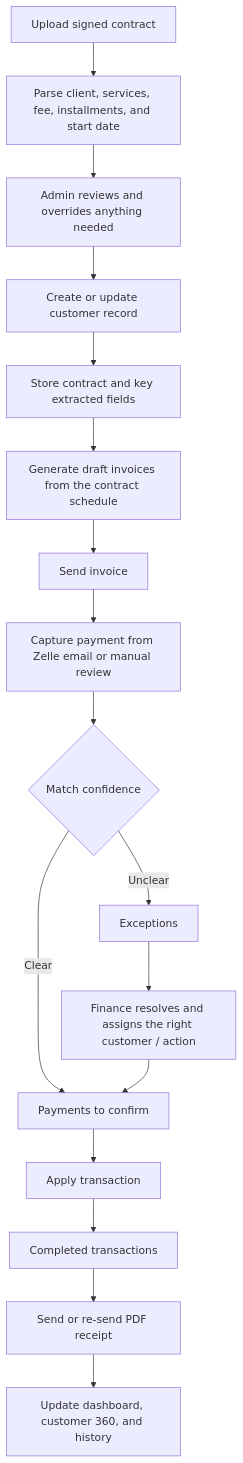
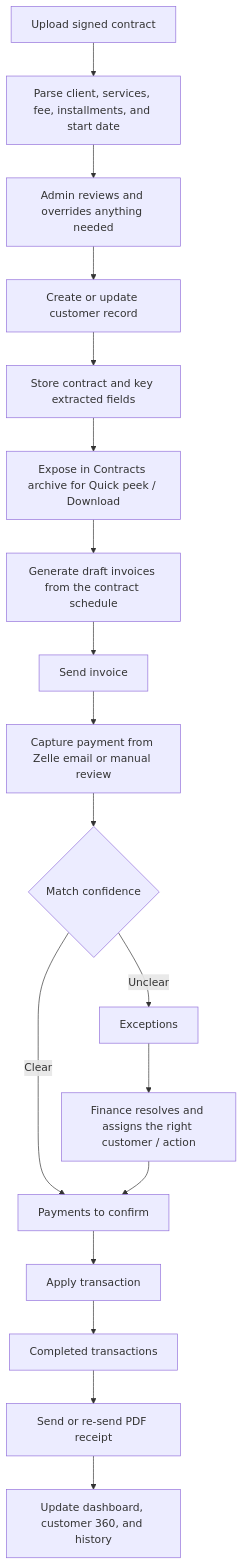
Before and after one commit to dlk710/setu-finance: the first of 2 diagrams in docs/process-flow.md, drawn with Mermaid. The commit also changed other lines of this file and 32 other files, not shown here.

Commit message:
Update contracts archive and AskSetu docs

````diff
--- a/docs/process-flow.md
+++ b/docs/process-flow.md
@@ -9,19 +9,20 @@
 ```mermaid
 flowchart TD
     A["Upload signed contract"] --> B["Parse client, services, fee, installments, and start date"]
     B --> C["Admin reviews and overrides anything needed"]
     C --> D["Create or update customer record"]
     D --> E["Store contract and key extracted fields"]
-    E --> F["Generate draft invoices from the contract schedule"]
-    F --> G["Send invoice"]
-    G --> H["Capture payment from Zelle email or manual review"]
-    H --> I{"Match confidence"}
-    I -->|"Clear"| J["Payments to confirm"]
-    I -->|"Unclear"| K["Exceptions"]
-    K --> L["Finance resolves and assigns the right customer / action"]
-    L --> J
-    J --> M["Apply transaction"]
-    M --> N["Completed transactions"]
-    N --> O["Send or re-send PDF receipt"]
-    O --> P["Update dashboard, customer 360, and history"]
+    E --> F["Expose in Contracts archive for Quick peek / Download"]
+    F --> G["Generate draft invoices from the contract schedule"]
+    G --> H["Send invoice"]
+    H --> I["Capture payment from Zelle email or manual review"]
+    I --> J{"Match confidence"}
+    J -->|"Clear"| K["Payments to confirm"]
+    J -->|"Unclear"| L["Exceptions"]
+    L --> M["Finance resolves and assigns the right customer / action"]
+    M --> K
+    K --> N["Apply transaction"]
+    N --> O["Completed transactions"]
+    O --> P["Send or re-send PDF receipt"]
+    P --> Q["Update dashboard, customer 360, and history"]
 ```
````
